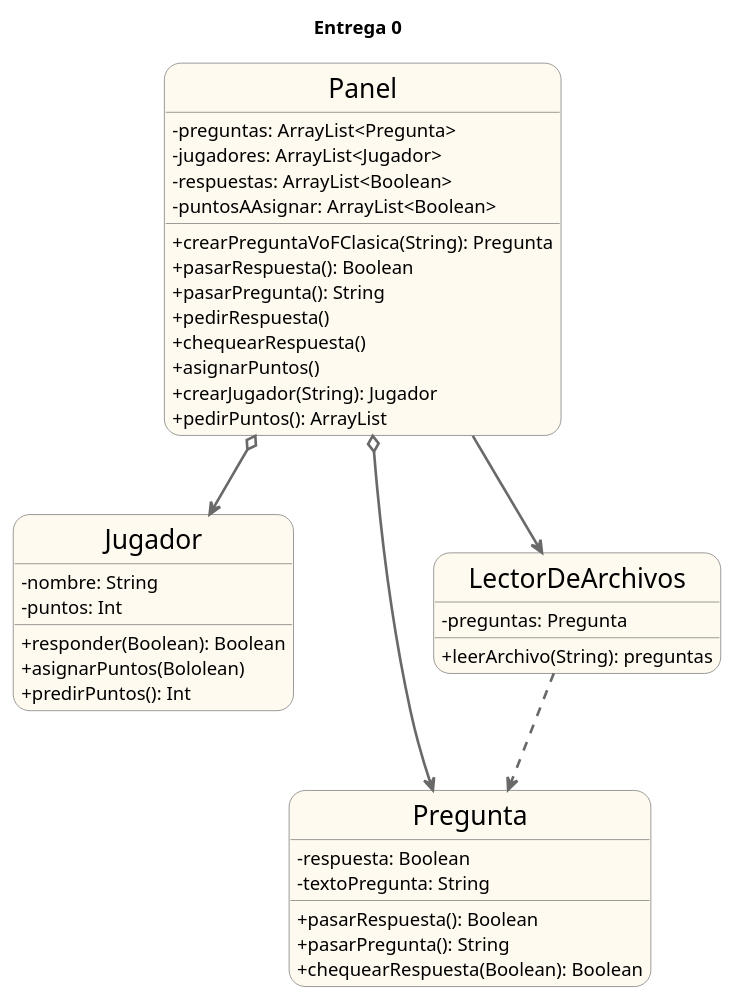
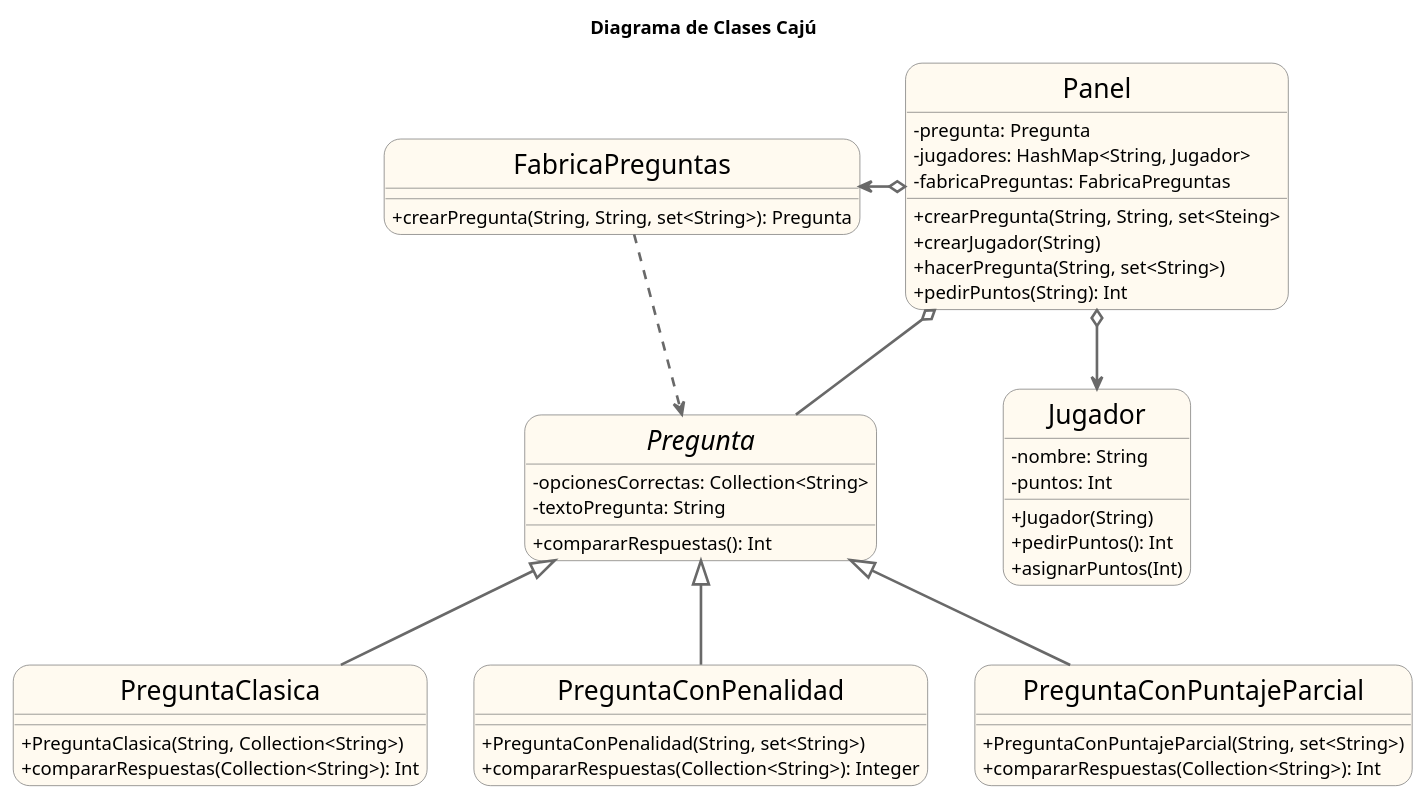
Before and after one commit to fvazquezf/TP_2_Algo_3: the diagram in UML/Diagrama de clases/Entraga0_diagramaClases.puml, drawn with PlantUML.

Commit message:
Actualizo el diagrama de clases

```diff
--- a/UML/Diagrama de clases/Entraga0_diagramaClases.puml
+++ b/UML/Diagrama de clases/Entraga0_diagramaClases.puml
@@ -1,59 +1,69 @@
 @startuml TP2
 
-title Entrega 0
+title Diagrama de Clases Cajú
 
 hide circle
 skinparam classAttributeIconSize 0
 skinparam roundcorner 25
 skinparam sequenceArrowThickness 2
 skinparam classFontSize 20
 
 skinparam class {
 BackgroundColor FloralWhite
 ArrowColor DimGray
 BorderColor DimGray
 }
 
 class Panel{
-       - preguntas: ArrayList<Pregunta>
-       - jugadores: ArrayList<Jugador>
-       - respuestas: ArrayList<Boolean>
-       - puntosAAsignar: ArrayList<Boolean>
-       + crearPreguntaVoFClasica(String): Pregunta
-       + pasarRespuesta(): Boolean
-       + pasarPregunta(): String
-       + pedirRespuesta()
-       + chequearRespuesta()
-       + asignarPuntos()
-       + crearJugador(String): Jugador
-       + pedirPuntos(): ArrayList
+       - pregunta: Pregunta
+       - jugadores: HashMap<String, Jugador>
+       - fabricaPreguntas: FabricaPreguntas
+       + crearPregunta(String, String, set<Steing>
+       + crearJugador(String)
+       + hacerPregunta(String, set<String>)
+       + pedirPuntos(String): Int
+}
+
+class FabricaPreguntas{
+       + crearPregunta(String, String, set<String>): Pregunta
 }
 
 class Jugador{
         - nombre: String
         - puntos: Int
-        + responder(Boolean): Boolean
-        + asignarPuntos(Bololean)
-        + predirPuntos(): Int
+        + Jugador(String)
+        + pedirPuntos(): Int
+        + asignarPuntos(Int)
 }
 
 
-class Pregunta{
-        - respuesta: Boolean
+abstract class Pregunta{
+        - opcionesCorrectas: Collection<String>
         - textoPregunta: String
-        + pasarRespuesta(): Boolean
-        + pasarPregunta(): String
-        + chequearRespuesta(Boolean): Boolean
+        + compararRespuestas(): Int
 }
 
-class LectorDeArchivos{
-        -preguntas: Pregunta
-        +leerArchivo(String): preguntas
+class PreguntaClasica{
+        + PreguntaClasica(String, Collection<String>)
+        + compararRespuestas(Collection<String>): Int
+}
+
+class PreguntaConPenalidad{
+        + PreguntaConPenalidad(String, set<String>)
+        + compararRespuestas(Collection<String>): Integer
+}
+
+class PreguntaConPuntajeParcial{
+        + PreguntaConPuntajeParcial(String, set<String>)
+        + compararRespuestas(Collection<String>): Int
 }
 
 Panel o--> Jugador
-Panel o--> Pregunta
-Panel --> LectorDeArchivos
-LectorDeArchivos ..> Pregunta
+Panel o-- Pregunta
+Panel o-left-> FabricaPreguntas
+FabricaPreguntas ..> Pregunta
+PreguntaClasica -up-|> Pregunta
+PreguntaConPenalidad -up-|> Pregunta
+PreguntaConPuntajeParcial -up-|> Pregunta
 
 @enduml
```
